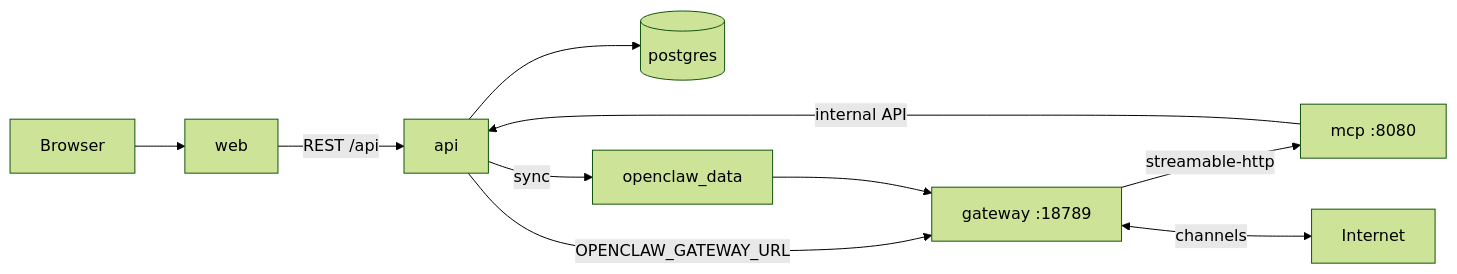
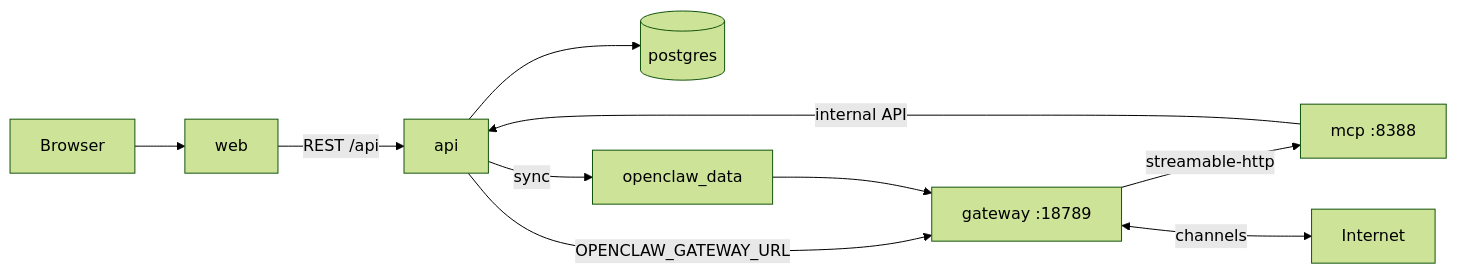
One commit to mankhb2k/claw-dashboard changed the first of 7 diagrams in aucobot/docs/monorepoplan.md. Above: the diagram before and after it, drawn with Mermaid (forest theme). The commit also changed other lines of this file and 418 other files, not shown here.

````diff
--- a/aucobot/docs/monorepoplan.md
+++ b/aucobot/docs/monorepoplan.md
@@ -43,12 +43,12 @@
 ```mermaid
 flowchart LR
     U[Browser] --> WEB[web]
     WEB -->|REST /api| API[api]
     API --> DB[(postgres)]
     API -->|sync| VOL[openclaw_data]
     API -->|OPENCLAW_GATEWAY_URL| GW[gateway :18789]
     VOL --> GW
-    GW -->|streamable-http| MCP[mcp :8080]
+    GW -->|streamable-http| MCP[mcp :8388]
     MCP -->|internal API| API
     GW <-->|channels| EXT[Internet]
 ```
````
